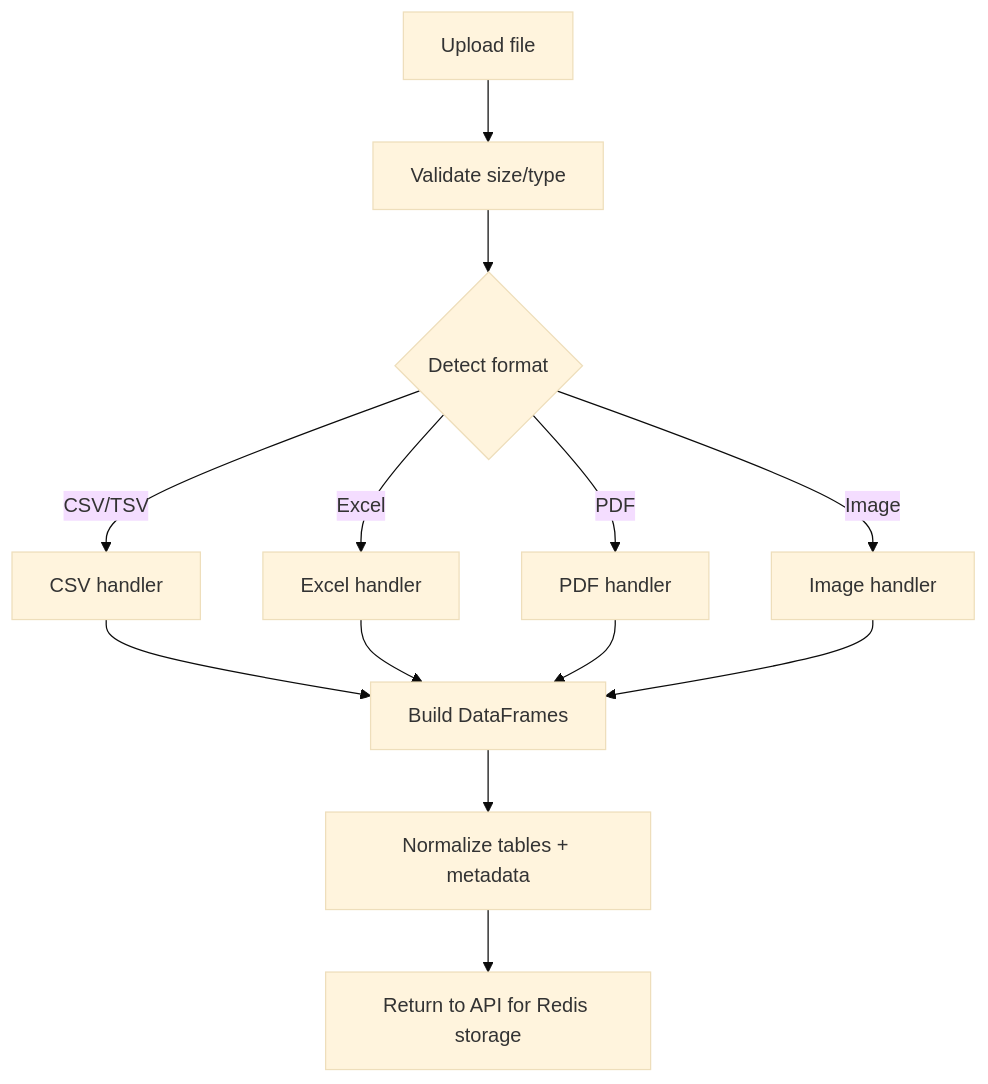
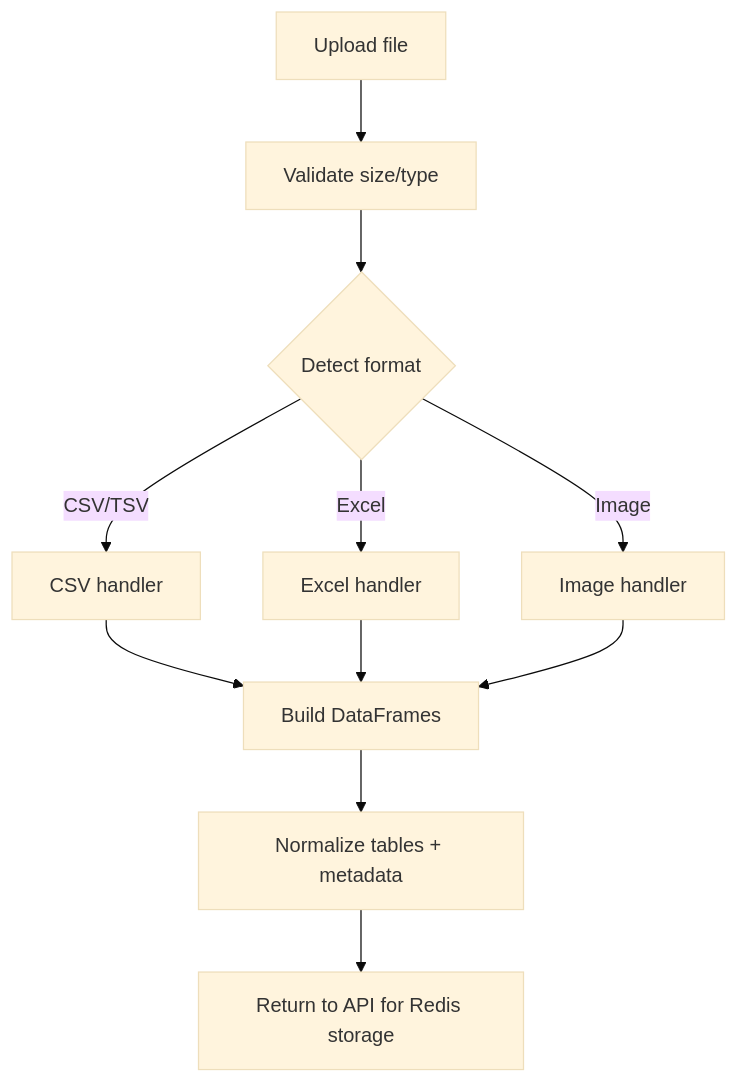
The diagram in ingestion/README.md (shivansh-2003/Data-Assistant), drawn with Mermaid (base theme) before and after one commit. The commit also changed other lines of this file and 8 other files, not shown here.

Commit message:
pdf handler due to memeroy issue

````diff
--- a/ingestion/README.md
+++ b/ingestion/README.md
@@ -22,15 +22,13 @@
 ```mermaid
 flowchart TD
     A[Upload file] --> B[Validate size/type]
     B --> C{Detect format}
     C -->|CSV/TSV| D[CSV handler]
     C -->|Excel| E[Excel handler]
-    C -->|PDF| F[PDF handler]
     C -->|Image| G[Image handler]
     D --> H[Build DataFrames]
     E --> H
-    F --> H
     G --> H
     H --> I[Normalize tables + metadata]
     I --> J[Return to API for Redis storage]
 ```
````
